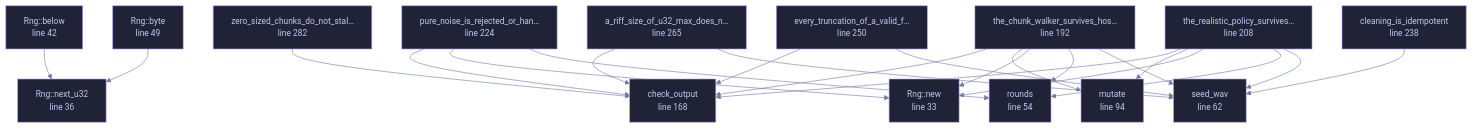
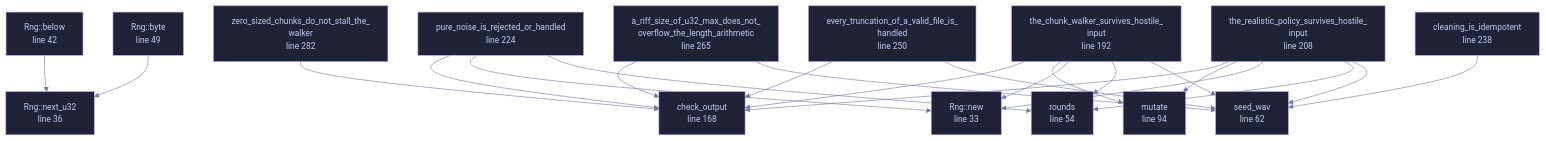
Before and after one commit to tilas01/veilvoice: the diagram in wiki/File-veilvoice-meta-tests-wav_fuzz.md, drawn with Mermaid. The commit also changed 348 other files, not shown here.

````diff
--- a/wiki/File-veilvoice-meta-tests-wav_fuzz.md
+++ b/wiki/File-veilvoice-meta-tests-wav_fuzz.md
@@ -59,57 +59,57 @@
 ```mermaid
 %%{init: {"theme":"base","themeVariables":{"background":"#1a1b26","primaryColor":"#1f2335","primaryTextColor":"#c0caf5","primaryBorderColor":"#7aa2f7","secondaryColor":"#16161e","tertiaryColor":"#16161e","lineColor":"#737aa2","textColor":"#c0caf5","mainBkg":"#1f2335","nodeBorder":"#7aa2f7","clusterBkg":"#16161e","clusterBorder":"#2f3549","fontFamily":"ui-monospace, SFMono-Regular, Consolas, monospace","fontSize":"14px"}}}%%
 flowchart TD
     n_new["Rng::new<br/>line 33"]
     n_next_u32["Rng::next_u32<br/>line 36"]
     n_below["Rng::below<br/>line 42"]
     n_byte["Rng::byte<br/>line 49"]
     n_rounds["rounds<br/>line 54"]
     n_seed_wav["seed_wav<br/>line 62"]
     n_mutate["mutate<br/>line 94"]
     n_check_output["check_output<br/>line 168"]
-    n_the_chunk_walker_survives_hostile_input["the_chunk_walker_survives_hos…<br/>line 192"]
-    n_the_realistic_policy_survives_hostile_input["the_realistic_policy_survives…<br/>line 208"]
-    n_pure_noise_is_rejected_or_handled["pure_noise_is_rejected_or_han…<br/>line 224"]
+    n_the_chunk_walker_survives_hostile_input["the_chunk_walker_survives_hostile_<br/>input<br/>line 192"]
+    n_the_realistic_policy_survives_hostile_input["the_realistic_policy_survives_hostile_<br/>input<br/>line 208"]
+    n_pure_noise_is_rejected_or_handled["pure_noise_is_rejected_or_handled<br/>line 224"]
     n_cleaning_is_idempotent["cleaning_is_idempotent<br/>line 238"]
-    n_every_truncation_of_a_valid_file_is_handled["every_truncation_of_a_valid_f…<br/>line 250"]
-    n_a_riff_size_of_u32_max_does_not_overflow_the_length_arithmetic["a_riff_size_of_u32_max_does_n…<br/>line 265"]
-    n_zero_sized_chunks_do_not_stall_the_walker["zero_sized_chunks_do_not_stal…<br/>line 282"]
+    n_every_truncation_of_a_valid_file_is_handled["every_truncation_of_a_valid_file_is_<br/>handled<br/>line 250"]
+    n_a_riff_size_of_u32_max_does_not_overflow_the_length_arithmetic["a_riff_size_of_u32_max_does_not_<br/>overflow_the_length_arithmetic<br/>line 265"]
+    n_zero_sized_chunks_do_not_stall_the_walker["zero_sized_chunks_do_not_stall_the_<br/>walker<br/>line 282"]
     n_a_riff_size_of_u32_max_does_not_overflow_the_length_arithmetic --> n_check_output
     n_a_riff_size_of_u32_max_does_not_overflow_the_length_arithmetic --> n_seed_wav
     n_below --> n_next_u32
     n_byte --> n_next_u32
     n_cleaning_is_idempotent --> n_seed_wav
     n_every_truncation_of_a_valid_file_is_handled --> n_check_output
     n_every_truncation_of_a_valid_file_is_handled --> n_seed_wav
     n_pure_noise_is_rejected_or_handled --> n_check_output
     n_pure_noise_is_rejected_or_handled --> n_new
     n_pure_noise_is_rejected_or_handled --> n_rounds
     n_the_chunk_walker_survives_hostile_input --> n_check_output
     n_the_chunk_walker_survives_hostile_input --> n_mutate
     n_the_chunk_walker_survives_hostile_input --> n_new
     n_the_chunk_walker_survives_hostile_input --> n_rounds
     n_the_chunk_walker_survives_hostile_input --> n_seed_wav
     n_the_realistic_policy_survives_hostile_input --> n_check_output
     n_the_realistic_policy_survives_hostile_input --> n_mutate
     n_the_realistic_policy_survives_hostile_input --> n_new
     n_the_realistic_policy_survives_hostile_input --> n_rounds
     n_the_realistic_policy_survives_hostile_input --> n_seed_wav
     n_zero_sized_chunks_do_not_stall_the_walker --> n_check_output
     click n_new href "https://github.com/tilas01/veilvoice/blob/main/crates/veilvoice-meta/tests/wav_fuzz.rs#L33" "open the source"
     click n_next_u32 href "https://github.com/tilas01/veilvoice/blob/main/crates/veilvoice-meta/tests/wav_fuzz.rs#L36" "open the source"
     click n_below href "https://github.com/tilas01/veilvoice/blob/main/crates/veilvoice-meta/tests/wav_fuzz.rs#L42" "open the source"
     click n_byte href "https://github.com/tilas01/veilvoice/blob/main/crates/veilvoice-meta/tests/wav_fuzz.rs#L49" "open the source"
     click n_rounds href "https://github.com/tilas01/veilvoice/blob/main/crates/veilvoice-meta/tests/wav_fuzz.rs#L54" "open the source"
     click n_seed_wav href "https://github.com/tilas01/veilvoice/blob/main/crates/veilvoice-meta/tests/wav_fuzz.rs#L62" "open the source"
     click n_mutate href "https://github.com/tilas01/veilvoice/blob/main/crates/veilvoice-meta/tests/wav_fuzz.rs#L94" "open the source"
     click n_check_output href "https://github.com/tilas01/veilvoice/blob/main/crates/veilvoice-meta/tests/wav_fuzz.rs#L168" "open the source"
     click n_the_chunk_walker_survives_hostile_input href "https://github.com/tilas01/veilvoice/blob/main/crates/veilvoice-meta/tests/wav_fuzz.rs#L192" "open the source"
     click n_the_realistic_policy_survives_hostile_input href "https://github.com/tilas01/veilvoice/blob/main/crates/veilvoice-meta/tests/wav_fuzz.rs#L208" "open the source"
     click n_pure_noise_is_rejected_or_handled href "https://github.com/tilas01/veilvoice/blob/main/crates/veilvoice-meta/tests/wav_fuzz.rs#L224" "open the source"
     click n_cleaning_is_idempotent href "https://github.com/tilas01/veilvoice/blob/main/crates/veilvoice-meta/tests/wav_fuzz.rs#L238" "open the source"
     click n_every_truncation_of_a_valid_file_is_handled href "https://github.com/tilas01/veilvoice/blob/main/crates/veilvoice-meta/tests/wav_fuzz.rs#L250" "open the source"
     click n_a_riff_size_of_u32_max_does_not_overflow_the_length_arithmetic href "https://github.com/tilas01/veilvoice/blob/main/crates/veilvoice-meta/tests/wav_fuzz.rs#L265" "open the source"
     click n_zero_sized_chunks_do_not_stall_the_walker href "https://github.com/tilas01/veilvoice/blob/main/crates/veilvoice-meta/tests/wav_fuzz.rs#L282" "open the source"
     classDef helper fill:#1f2335,stroke:#bb9af7,color:#c0caf5
     class n_new,n_next_u32,n_below,n_byte,n_rounds,n_seed_wav,n_mutate,n_check_output,n_the_chunk_walker_survives_hostile_input,n_the_realistic_policy_survives_hostile_input,n_pure_noise_is_rejected_or_handled,n_cleaning_is_idempotent,n_every_truncation_of_a_valid_file_is_handled,n_a_riff_size_of_u32_max_does_not_overflow_the_length_arithmetic,n_zero_sized_chunks_do_not_stall_the_walker helper
 ```
````
